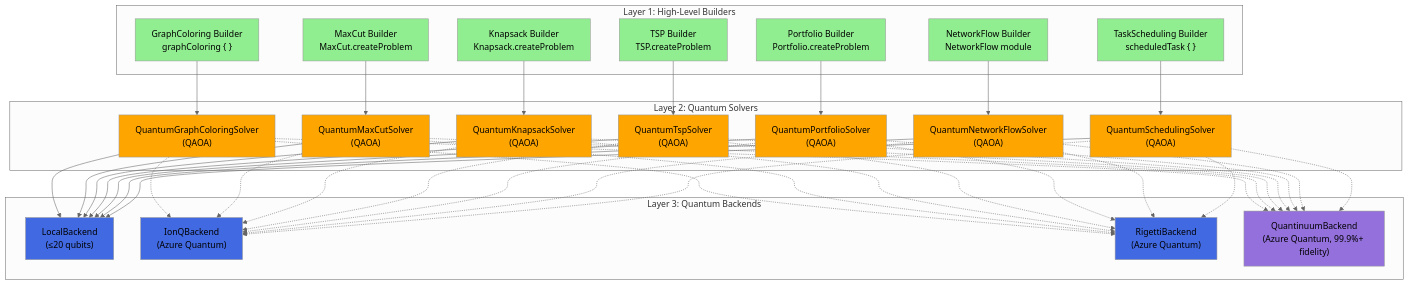
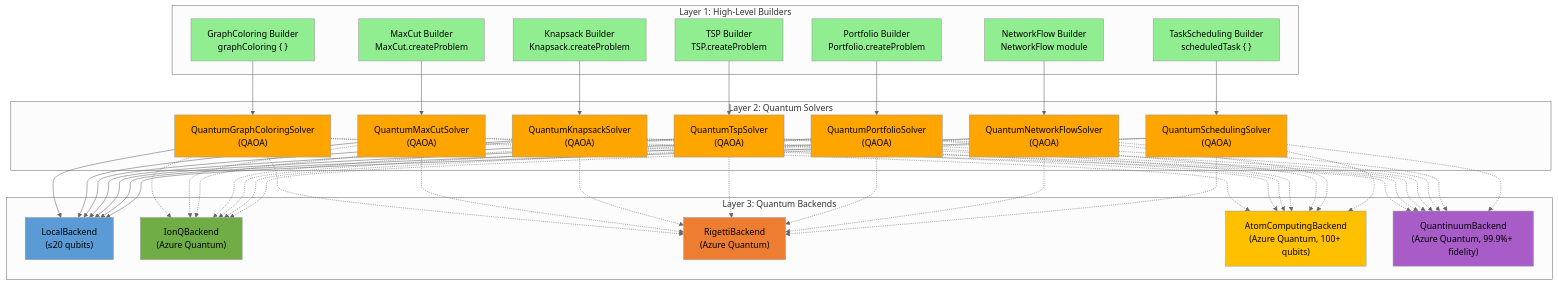
Before and after one commit to Thorium/FSharp.Azure.Quantum: the second of 2 diagrams in README.md, drawn with Mermaid (neutral theme). The commit also changed other lines of this file and 56 other files, not shown here.

````diff
--- a/README.md
+++ b/README.md
@@ -812,6 +1122,7 @@
         LOCAL["LocalBackend<br/>(≤20 qubits)"]
         IONQ["IonQBackend<br/>(Azure Quantum)"]
         RIGETTI["RigettiBackend<br/>(Azure Quantum)"]
+        ATOM["AtomComputingBackend<br/>(Azure Quantum, 100+ qubits)"]
         QUANTINUUM["QuantinuumBackend<br/>(Azure Quantum, 99.9%+ fidelity)"]
     end
     
@@ -847,6 +1158,14 @@
     QNF -.-> RIGETTI
     QSCHED -.-> RIGETTI
     
+    QGC -.-> ATOM
+    QMC -.-> ATOM
+    QKS -.-> ATOM
+    QTS -.-> ATOM
+    QPO -.-> ATOM
+    QNF -.-> ATOM
+    QSCHED -.-> ATOM
+    
     QGC -.-> QUANTINUUM
     QMC -.-> QUANTINUUM
     QKS -.-> QUANTINUUM
@@ -869,8 +1188,9 @@
     style QPO fill:#FFA500
     style QNF fill:#FFA500
     style QSCHED fill:#FFA500
-    style LOCAL fill:#4169E1
-    style IONQ fill:#4169E1
-    style RIGETTI fill:#4169E1
-    style QUANTINUUM fill:#9370DB
+    style LOCAL fill:#5B9BD5
+    style IONQ fill:#70AD47
+    style RIGETTI fill:#ED7D31
+    style ATOM fill:#FFC000
+    style QUANTINUUM fill:#A85CC8
 ```
````
